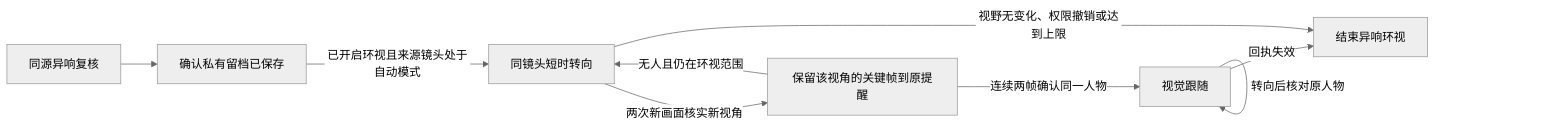
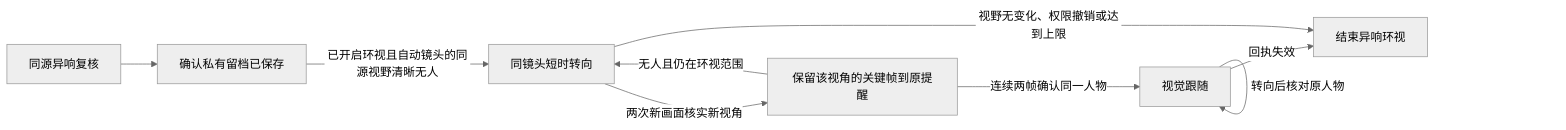
Before and after one commit to Geeprox/Friday: the sixth of 25 diagrams in docs/architecture.md, drawn with Mermaid (neutral theme). The commit also changed other lines of this file and 5 other files, not shown here.

````diff
--- a/docs/architecture.md
+++ b/docs/architecture.md
@@ -135,11 +137,11 @@
 ```mermaid
 flowchart LR
   A[同源异响复核] --> B[确认私有留档已保存]
-  B -->|已开启环视且来源镜头处于自动模式| C[同镜头短时转向]
+  B -->|已开启环视且自动镜头的同源视野清晰无人| C[同镜头短时转向]
   C -->|两次新画面核实新视角| F[保留该视角的关键帧到原提醒]
   F -->|无人且仍在环视范围| C
   F -->|连续两帧确认同一人物| D[视觉跟随]
   D -->|转向后核对原人物| D
   D -->|回执失效| E
   C -->|视野无变化、权限撤销或达到上限| E[结束异响环视]
 ```
````
